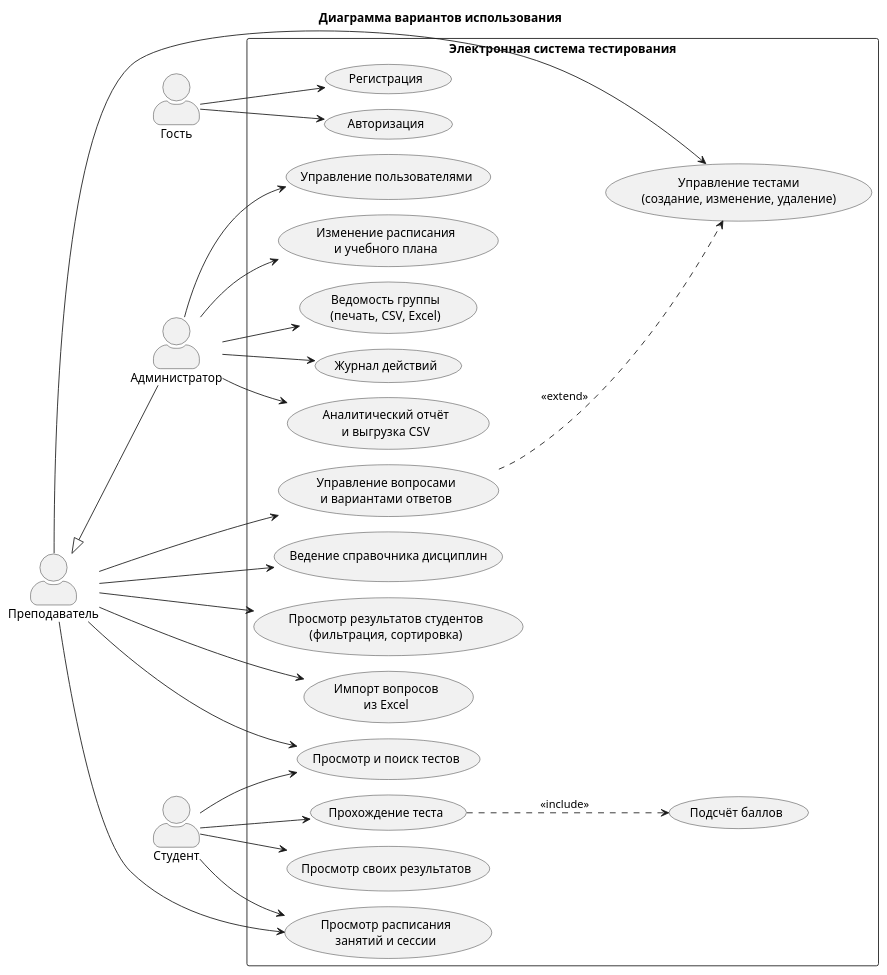
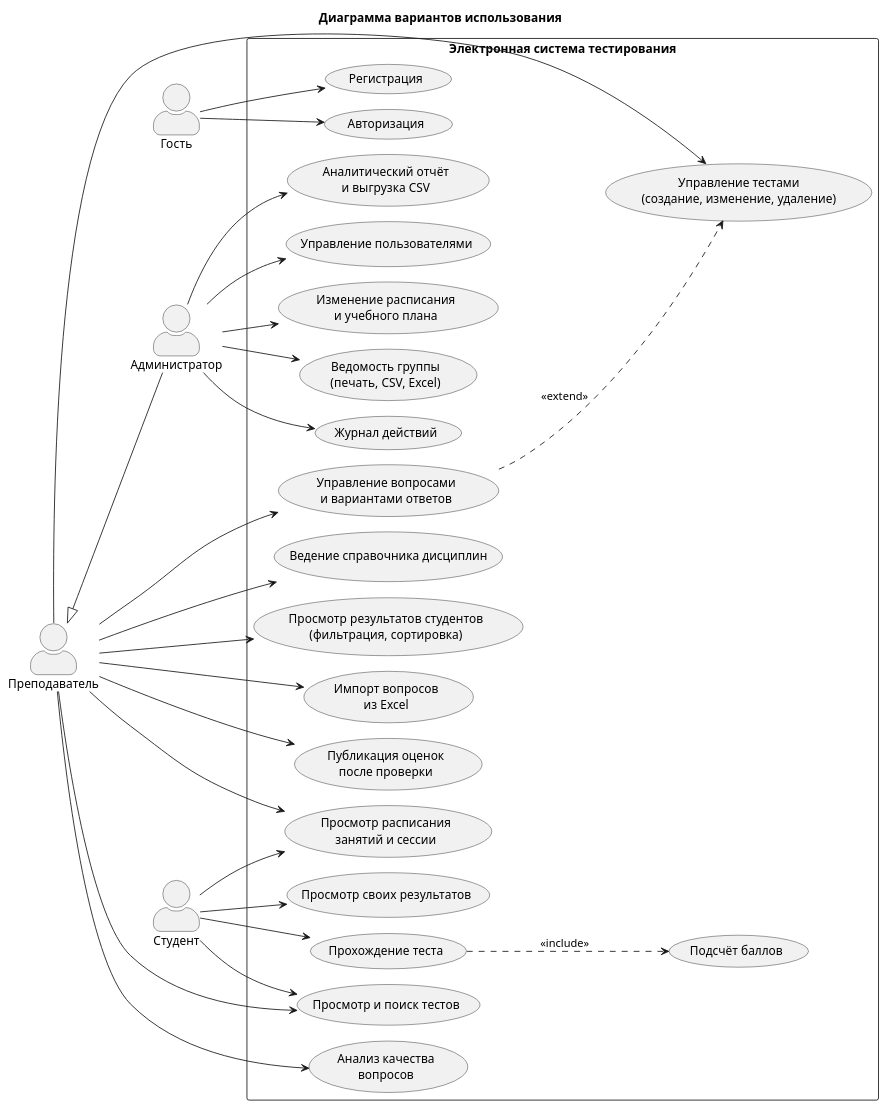
The diagram in docs/uml/1_use_case.puml (ChibryakovT/student-testing-system), drawn with PlantUML before and after one commit. The commit also changed 8 other files, not shown here.

First line of the commit message:
Схемы и README под текущую версию: автосохранение, пояснения, публикация оценок, качество вопросов

```diff
--- a/docs/uml/1_use_case.puml
+++ b/docs/uml/1_use_case.puml
@@ -1,53 +1,57 @@
 @startuml use_case
 !pragma layout smetana
 skinparam defaultFontName Arial
 skinparam actorStyle awesome
 left to right direction
 title Диаграмма вариантов использования
 
 actor "Гость" as G
 actor "Студент" as S
 actor "Преподаватель" as T
 actor "Администратор" as A
 T <|-- A
 
 rectangle "Электронная система тестирования" {
   usecase "Регистрация" as UC1
   usecase "Авторизация" as UC2
   usecase "Просмотр и поиск тестов" as UC3
   usecase "Прохождение теста" as UC4
   usecase "Просмотр своих результатов" as UC5
   usecase "Управление тестами\n(создание, изменение, удаление)" as UC6
   usecase "Управление вопросами\nи вариантами ответов" as UC7
   usecase "Ведение справочника дисциплин" as UC8
   usecase "Просмотр результатов студентов\n(фильтрация, сортировка)" as UC9
   usecase "Аналитический отчёт\nи выгрузка CSV" as UC10
   usecase "Управление пользователями" as UC11
   usecase "Просмотр расписания\nзанятий и сессии" as UC13
   usecase "Изменение расписания\nи учебного плана" as UC14
   usecase "Ведомость группы\n(печать, CSV, Excel)" as UC15
   usecase "Импорт вопросов\nиз Excel" as UC16
   usecase "Журнал действий" as UC17
   usecase "Подсчёт баллов" as UC12
+  usecase "Публикация оценок\nпосле проверки" as UC18
+  usecase "Анализ качества\nвопросов" as UC19
 }
 G --> UC1
 G --> UC2
 S --> UC3
 S --> UC4
 S --> UC5
 T --> UC3
 T --> UC6
 T --> UC7
 T --> UC8
 T --> UC9
 A --> UC10
 A --> UC11
 S --> UC13
 T --> UC13
 A --> UC14
 A --> UC15
 A --> UC17
 T --> UC16
+T --> UC18
+T --> UC19
 UC4 ..> UC12 : <<include>>
 UC7 ..> UC6 : <<extend>>
 @enduml
```
